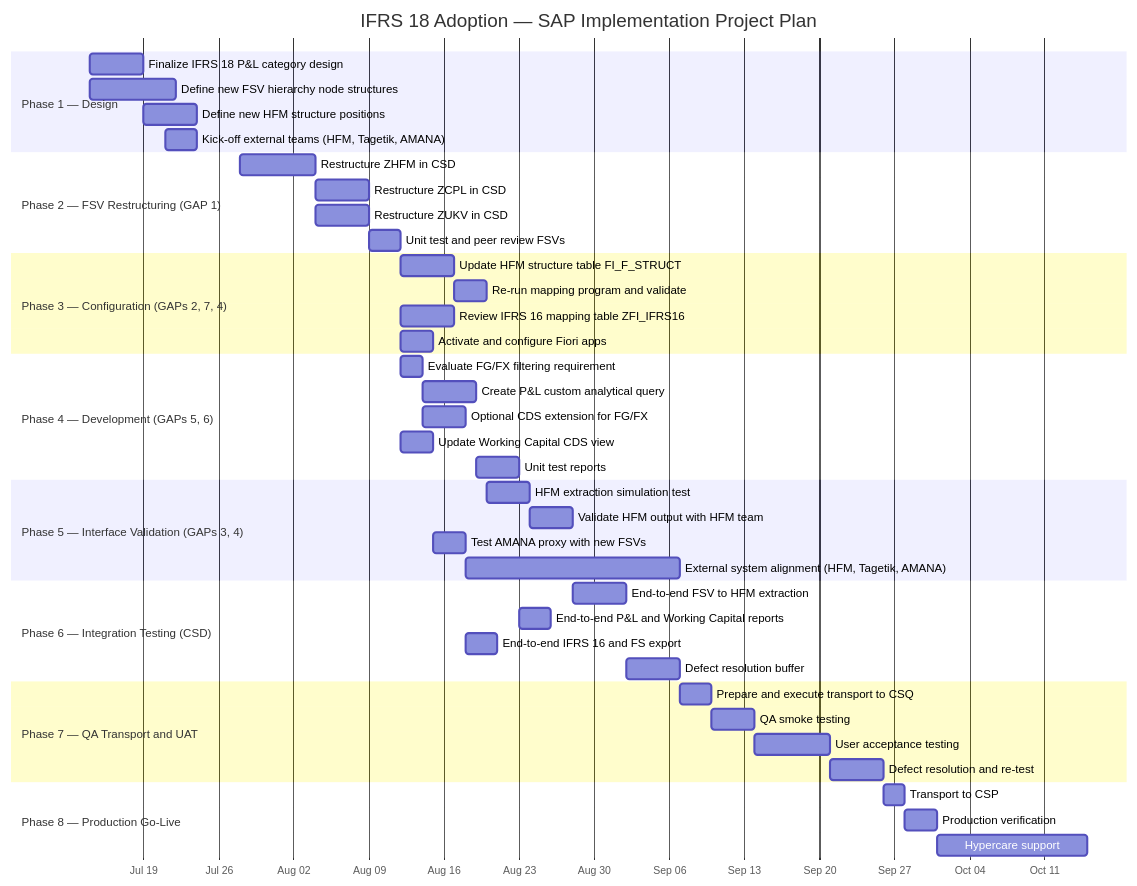
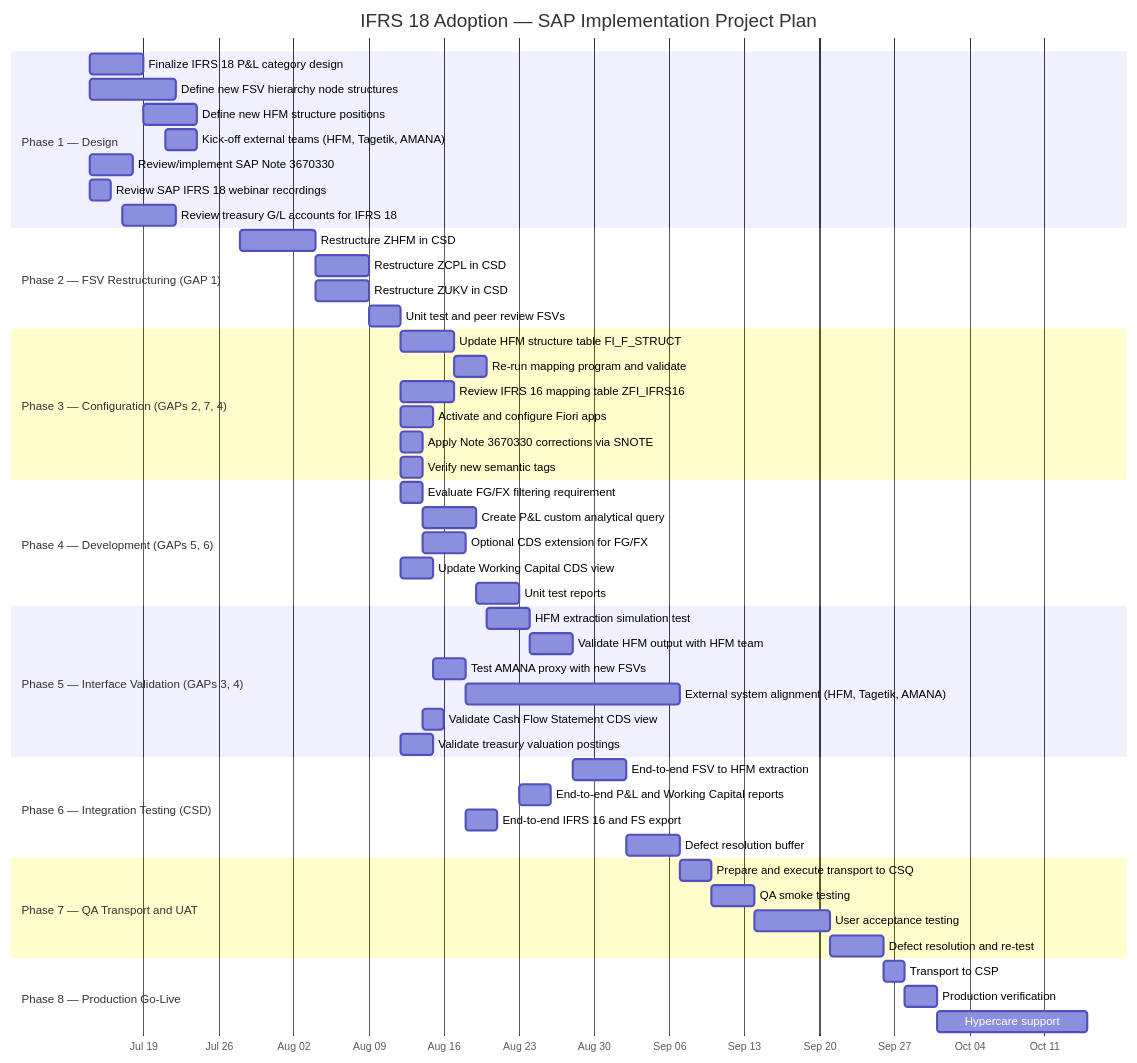
Before and after one commit to enikebaga/IRFS18: the diagram in fit-gap-analysis/IFRS18-Project-Plan.md, drawn with Mermaid. The commit also changed other lines of this file and 4 other files, not shown here.

First line of the commit message:
Update project plan with SAP Note 3670330 and treasury verification activities

````diff
--- a/fit-gap-analysis/IFRS18-Project-Plan.md
+++ b/fit-gap-analysis/IFRS18-Project-Plan.md
@@ -22,54 +22,61 @@
 ```mermaid
 gantt
     title IFRS 18 Adoption — SAP Implementation Project Plan
     dateFormat YYYY-MM-DD
     axisFormat %b %d
 
     section Phase 1 — Design
     Finalize IFRS 18 P&L category design          :p1a, 2026-07-14, 5d
     Define new FSV hierarchy node structures       :p1b, 2026-07-14, 8d
     Define new HFM structure positions             :p1c, after p1a, 5d
     Kick-off external teams (HFM, Tagetik, AMANA) :p1d, 2026-07-21, 3d
+    Review/implement SAP Note 3670330              :p1e, 2026-07-14, 4d
+    Review SAP IFRS 18 webinar recordings          :p1f, 2026-07-14, 2d
+    Review treasury G/L accounts for IFRS 18       :p1g, 2026-07-17, 5d
 
     section Phase 2 — FSV Restructuring (GAP 1)
     Restructure ZHFM in CSD                       :p2a, 2026-07-28, 7d
     Restructure ZCPL in CSD                       :p2b, after p2a, 5d
     Restructure ZUKV in CSD                       :p2c, after p2a, 5d
     Unit test and peer review FSVs                 :p2d, after p2b, 3d
 
     section Phase 3 — Configuration (GAPs 2, 7, 4)
     Update HFM structure table FI_F_STRUCT         :p3a, after p2d, 5d
     Re-run mapping program and validate            :p3b, after p3a, 3d
     Review IFRS 16 mapping table ZFI_IFRS16        :p3c, after p2d, 5d
     Activate and configure Fiori apps              :p3d, after p2d, 3d
+    Apply Note 3670330 corrections via SNOTE       :p3e, after p2d, 2d
+    Verify new semantic tags                       :p3f, after p2d, 2d
 
     section Phase 4 — Development (GAPs 5, 6)
     Evaluate FG/FX filtering requirement           :p4a, after p2d, 2d
     Create P&L custom analytical query             :p4b, after p4a, 5d
     Optional CDS extension for FG/FX               :p4c, after p4a, 4d
     Update Working Capital CDS view                :p4d, after p2d, 3d
     Unit test reports                              :p4e, after p4b, 4d
 
     section Phase 5 — Interface Validation (GAPs 3, 4)
     HFM extraction simulation test                 :p5a, after p3b, 4d
     Validate HFM output with HFM team               :p5b, after p5a, 4d
     Test AMANA proxy with new FSVs                 :p5c, after p3d, 3d
     External system alignment (HFM, Tagetik, AMANA):p5d, 2026-08-18, 20d
+    Validate Cash Flow Statement CDS view          :p5e, after p3e, 2d
+    Validate treasury valuation postings           :p5f, after p2d, 3d
 
     section Phase 6 — Integration Testing (CSD)
     End-to-end FSV to HFM extraction               :p6a, after p5b, 5d
     End-to-end P&L and Working Capital reports      :p6b, after p4e, 3d
     End-to-end IFRS 16 and FS export               :p6c, after p5c, 3d
     Defect resolution buffer                       :p6d, after p6a, 5d
 
     section Phase 7 — QA Transport and UAT
     Prepare and execute transport to CSQ            :p7a, after p6d, 3d
     QA smoke testing                               :p7b, after p7a, 4d
     User acceptance testing                        :p7c, after p7b, 7d
     Defect resolution and re-test                  :p7d, after p7c, 5d
 
     section Phase 8 — Production Go-Live
     Transport to CSP                               :p8a, after p7d, 2d
     Production verification                        :p8b, after p8a, 3d
     Hypercare support                              :p8c, after p8b, 14d
 ```
````
